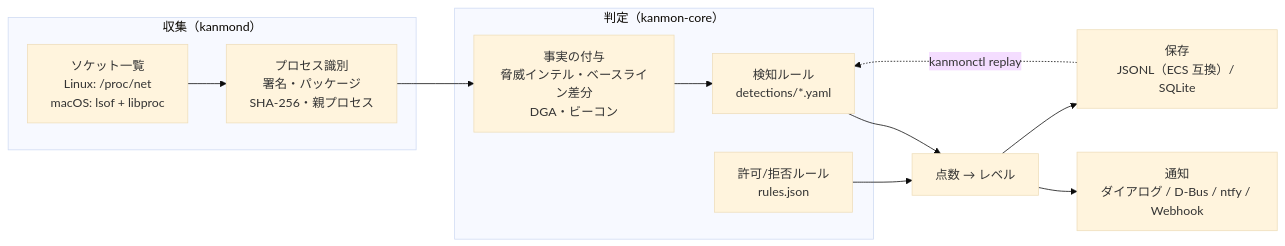
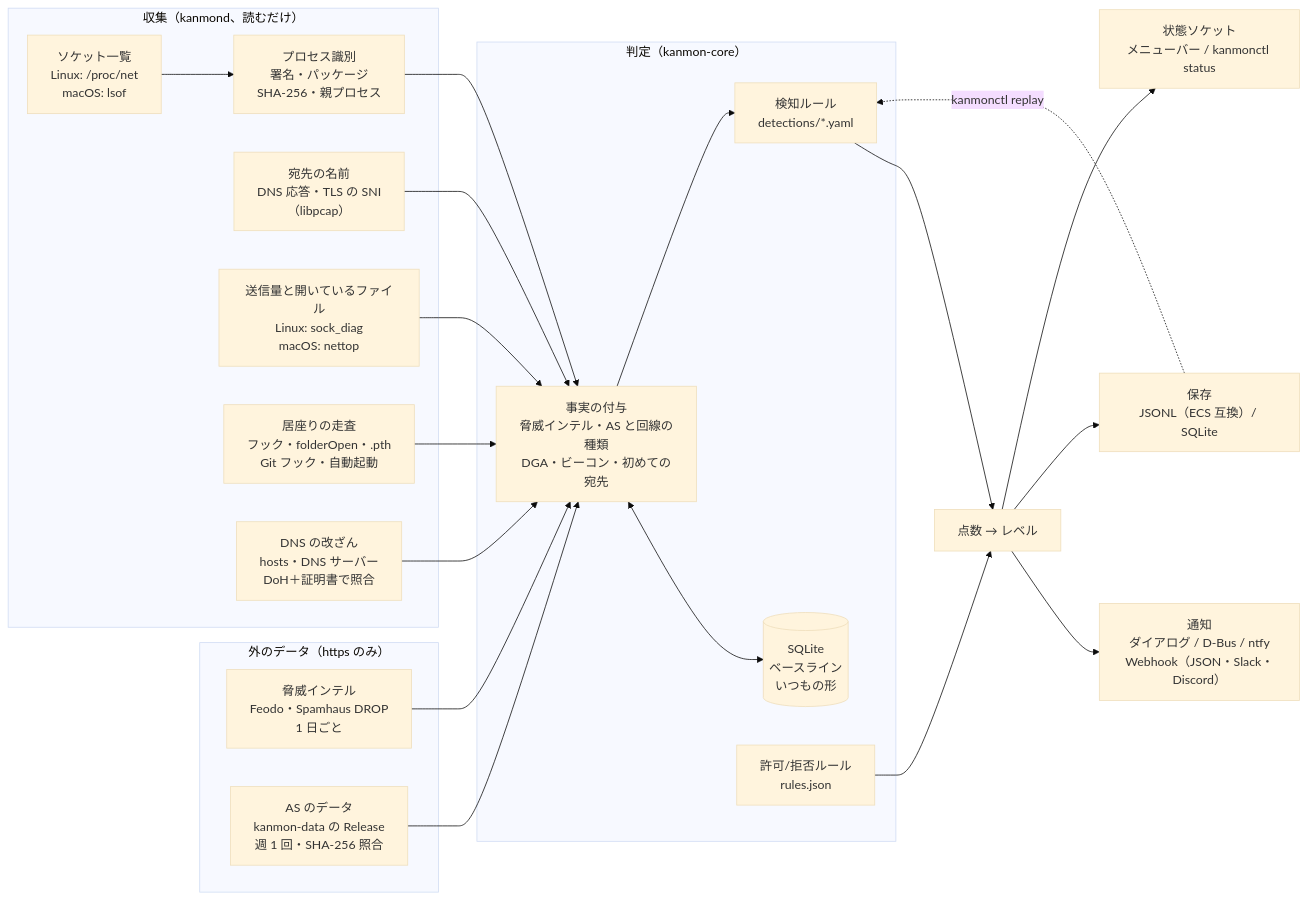
One commit to zephel01/kanmon changed the diagram in README.md. Above: the diagram before and after it, drawn with Mermaid (base theme). The commit also changed other lines of this file and 2 other files, not shown here.

Commit message:
docs: README の「仕組み」の図を v0.5.1 に合わせる
- 収集に宛先の名前（DNS・SNI）・送信量・居座りの走査・DNS の改ざんを足す
- 外のデータ（脅威インテル・AS のデータ）、SQLite のベースライン、状態ソケットを足す
- kanmonctl inspect が別に動くことを一文で補う（日英）

Claude-Session: https://claude.ai/code/session_01W1FCYL6cYiSybNu5235u9L

````diff
--- a/README.md
+++ b/README.md
@@ -88,17 +88,35 @@
 ```mermaid
 flowchart LR
-  subgraph collect["収集（kanmond）"]
-    S["ソケット一覧<br/>Linux: /proc/net<br/>macOS: lsof + libproc"]
+  subgraph ext["外のデータ（https のみ）"]
+    TI["脅威インテル<br/>Feodo・Spamhaus DROP<br/>1 日ごと"]
+    AS["AS のデータ<br/>kanmon-data の Release<br/>週 1 回・SHA-256 照合"]
+  end
+  subgraph collect["収集（kanmond、読むだけ）"]
+    S["ソケット一覧<br/>Linux: /proc/net<br/>macOS: lsof"]
     P["プロセス識別<br/>署名・パッケージ<br/>SHA-256・親プロセス"]
+    C["宛先の名前<br/>DNS 応答・TLS の SNI<br/>（libpcap）"]
+    V["送信量と開いているファイル<br/>Linux: sock_diag<br/>macOS: nettop"]
+    W["居座りの走査<br/>フック・folderOpen・.pth<br/>Git フック・自動起動"]
+    G["DNS の改ざん<br/>hosts・DNS サーバー<br/>DoH＋証明書で照合"]
   end
   subgraph judge["判定（kanmon-core）"]
-    F["事実の付与<br/>脅威インテル・ベースライン差分<br/>DGA・ビーコン"]
+    F["事実の付与<br/>脅威インテル・AS と回線の種類<br/>DGA・ビーコン・初めての宛先"]
+    B[("SQLite<br/>ベースライン<br/>いつもの形")]
     D["検知ルール<br/>detections/*.yaml"]
     R["許可/拒否ルール<br/>rules.json"]
   end
-  S --> P --> F --> D --> O["点数 → レベル"]
+  S --> P --> F
+  C --> F
+  V --> F
+  W --> F
+  G --> F
+  TI --> F
+  AS --> F
+  F <--> B
+  F --> D --> O["点数 → レベル"]
   R --> O
-  O --> N["通知<br/>ダイアログ / D-Bus / ntfy / Webhook"]
+  O --> N["通知<br/>ダイアログ / D-Bus / ntfy<br/>Webhook（JSON・Slack・Discord）"]
   O --> L["保存<br/>JSONL（ECS 互換）/ SQLite"]
+  O --> M["状態ソケット<br/>メニューバー / kanmonctl status"]
   L -. "kanmonctl replay" .-> D
 ```
````
